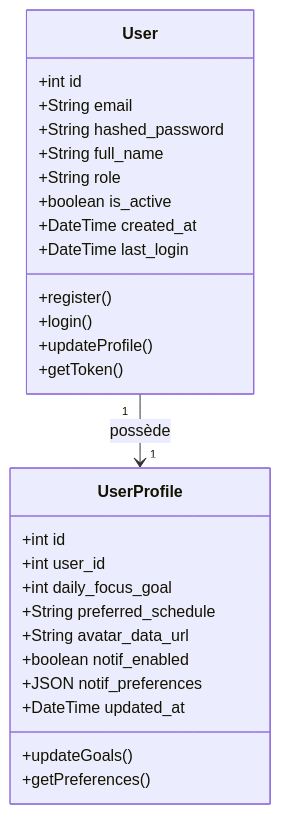
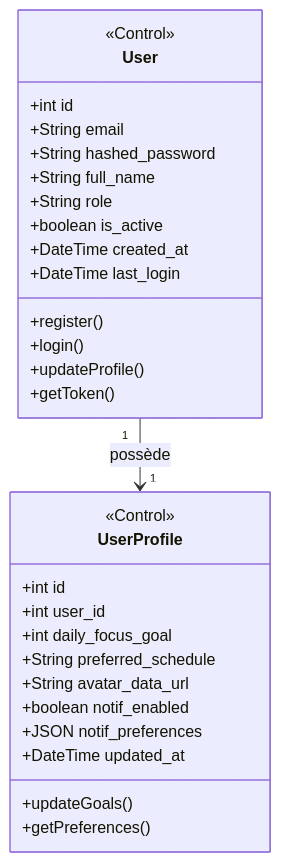
One commit to Jkacem/smart_focus changed the third of 7 diagrams in docs/Conception_DiagrammeClasses.md. Above: the diagram before and after it, drawn with Mermaid. The commit also changed other lines of this file and 31 other files, not shown here.

````diff
--- a/docs/Conception_DiagrammeClasses.md
+++ b/docs/Conception_DiagrammeClasses.md
@@ -319,32 +378,34 @@
 ```mermaid
 classDiagram
     class User {
+        <<Control>>
         +int id
         +String email
         +String hashed_password
         +String full_name
         +String role
         +boolean is_active
         +DateTime created_at
         +DateTime last_login
         +register()
         +login()
         +updateProfile()
         +getToken()
     }
 
     class UserProfile {
+        <<Control>>
         +int id
         +int user_id
         +int daily_focus_goal
         +String preferred_schedule
         +String avatar_data_url
         +boolean notif_enabled
         +JSON notif_preferences
         +DateTime updated_at
         +updateGoals()
         +getPreferences()
     }
 
     User "1" --> "1" UserProfile : possède
 ```
````
